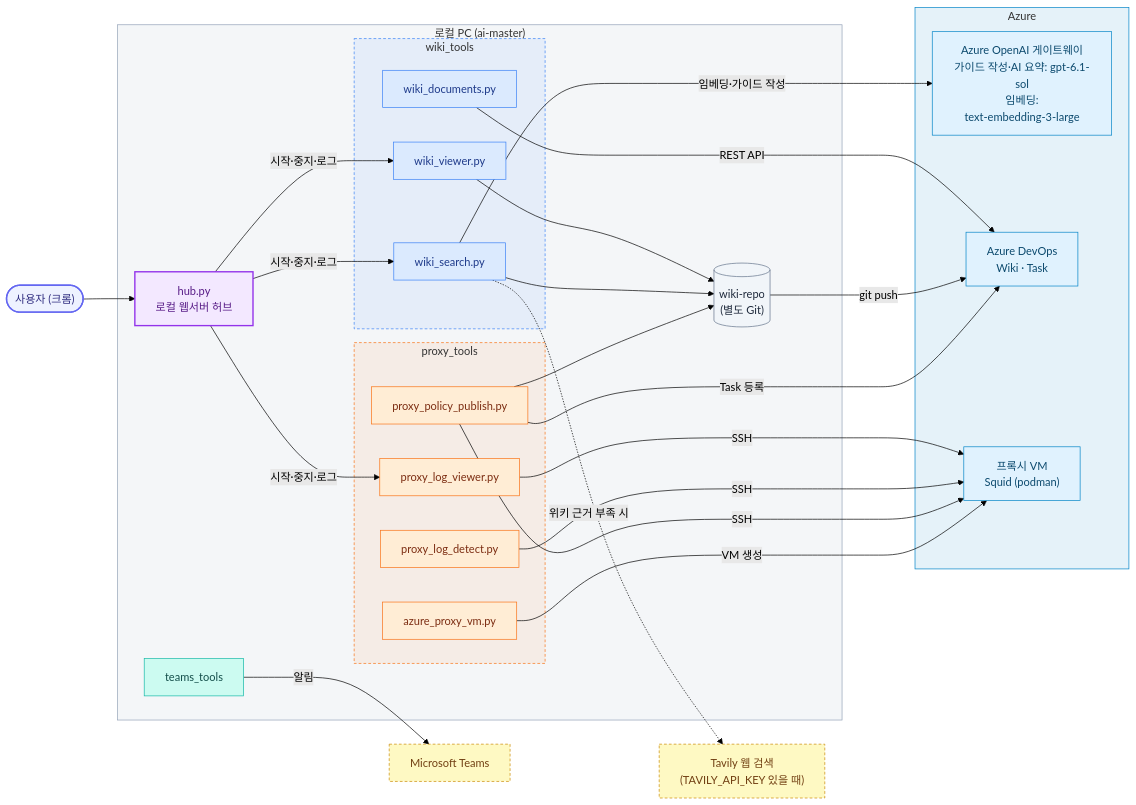
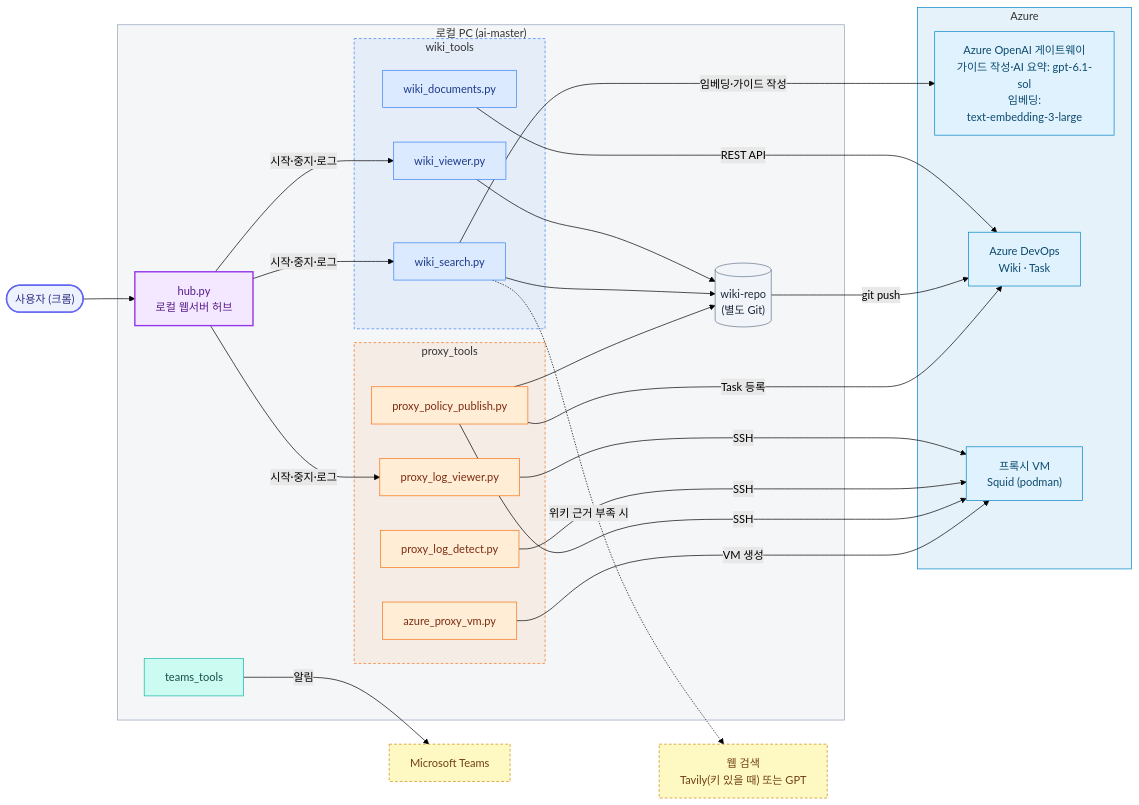
The fourth of 10 diagrams in README.md (pcmola/ai-master), drawn with Mermaid (forest theme) before and after one commit. The commit also changed other lines of this file and 2 other files, not shown here.

First line of the commit message:
웹 검색 공급자 선택: Tavily 외에 GPT 내장 웹 검색 추가

````diff
--- a/README.md
+++ b/README.md
@@ -256,63 +256,63 @@
 ```mermaid
 flowchart LR
     user(["사용자 (크롬)"])
 
     subgraph local["로컬 PC (ai-master)"]
         hub["hub.py<br/>로컬 웹서버 허브"]
         subgraph wiki_tools
             viewer["wiki_viewer.py"]
             search["wiki_search.py"]
             docs["wiki_documents.py"]
         end
         subgraph proxy_tools
             logviewer["proxy_log_viewer.py"]
             detect["proxy_log_detect.py"]
             publish["proxy_policy_publish.py"]
             vmtool["azure_proxy_vm.py"]
         end
         teams["teams_tools"]
         repo[("wiki-repo<br/>(별도 Git)")]
     end
 
     subgraph azure["Azure"]
         openai["Azure OpenAI 게이트웨이<br/>가이드 작성·AI 요약: gpt-6.1-sol<br/>임베딩:<br/>text-embedding-3-large"]
         devops["Azure DevOps<br/>Wiki · Task"]
         vm["프록시 VM<br/>Squid (podman)"]
     end
     msteams["Microsoft Teams"]
-    tavily["Tavily 웹 검색<br/>(TAVILY_API_KEY 있을 때)"]
+    tavily["웹 검색<br/>Tavily(키 있을 때) 또는 GPT"]
 
     user --> hub
     hub -- "시작·중지·로그" --> viewer & search & logviewer
     viewer & search --> repo
     search -- "임베딩·가이드 작성" --> openai
     search -. "위키 근거 부족 시" .-> tavily
     docs -- "REST API" --> devops
     repo -- "git push" --> devops
     logviewer & detect & publish -- "SSH" --> vm
     publish -- "Task 등록" --> devops
     publish --> repo
     vmtool -- "VM 생성" --> vm
     teams -- "알림" --> msteams
 
     classDef user fill:#EEF2FF,stroke:#6366F1,stroke-width:2px,color:#312E81
     classDef hub fill:#F3E8FF,stroke:#9333EA,stroke-width:2px,color:#581C87
     classDef wiki fill:#DBEAFE,stroke:#3B82F6,color:#1E3A8A
     classDef proxy fill:#FFEDD5,stroke:#F97316,color:#7C2D12
     classDef teams fill:#CCFBF1,stroke:#14B8A6,color:#134E4A
     classDef store fill:#F1F5F9,stroke:#64748B,color:#1E293B
     classDef cloud fill:#E0F2FE,stroke:#0284C7,color:#0C4A6E
     classDef ext fill:#FEF9C3,stroke:#CA8A04,stroke-dasharray:4 3,color:#713F12
     class user user
     class hub hub
     class viewer,search,docs wiki
     class logviewer,detect,publish,vmtool proxy
     class teams teams
     class repo store
     class openai,devops,vm cloud
     class msteams,tavily ext
     style local fill:#94A3B81A,stroke:#94A3B8
     style wiki_tools fill:#3B82F614,stroke:#3B82F6,stroke-dasharray:4 3
     style proxy_tools fill:#F9731614,stroke:#F97316,stroke-dasharray:4 3
     style azure fill:#0284C71A,stroke:#0284C7
 ```
````
